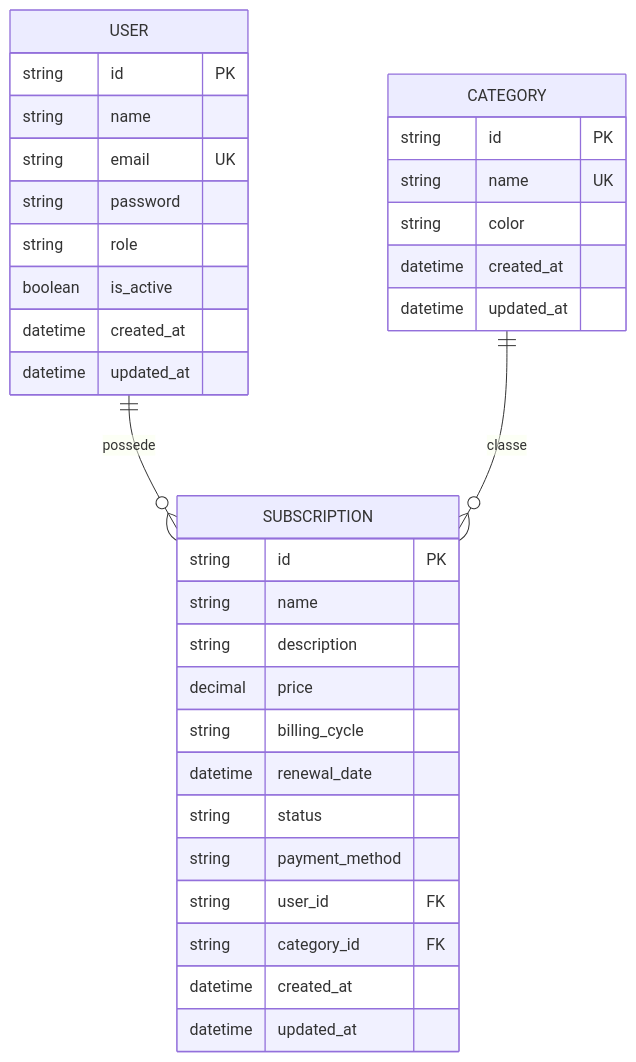
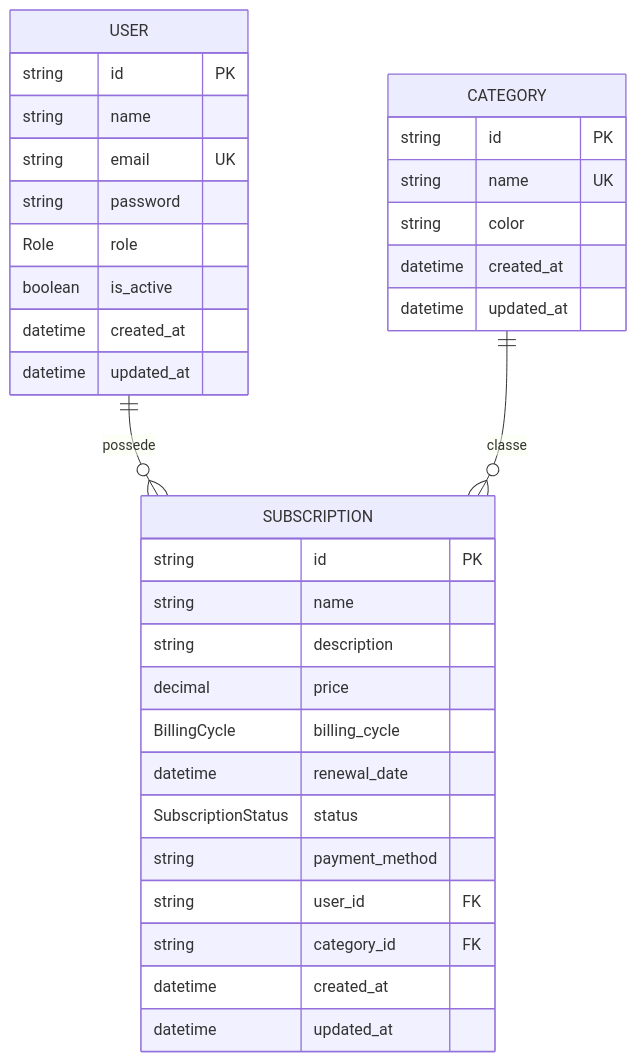
Before and after one commit to Seypherr/FilRougeAbonnement: the second of 2 diagrams in docs/conception.md, drawn with Mermaid. The commit also changed other lines of this file and 22 other files, not shown here.

````diff
--- a/docs/conception.md
+++ b/docs/conception.md
@@ -11,39 +73,39 @@
 ```mermaid
 erDiagram
   USER ||--o{ SUBSCRIPTION : possede
   CATEGORY ||--o{ SUBSCRIPTION : classe
 
   USER {
     string id PK
     string name
     string email UK
     string password
-    string role
+    Role role
     boolean is_active
     datetime created_at
     datetime updated_at
   }
 
   CATEGORY {
     string id PK
     string name UK
     string color
     datetime created_at
     datetime updated_at
   }
 
   SUBSCRIPTION {
     string id PK
     string name
     string description
     decimal price
-    string billing_cycle
+    BillingCycle billing_cycle
     datetime renewal_date
-    string status
+    SubscriptionStatus status
     string payment_method
     string user_id FK
     string category_id FK
     datetime created_at
     datetime updated_at
   }
 ```
````
